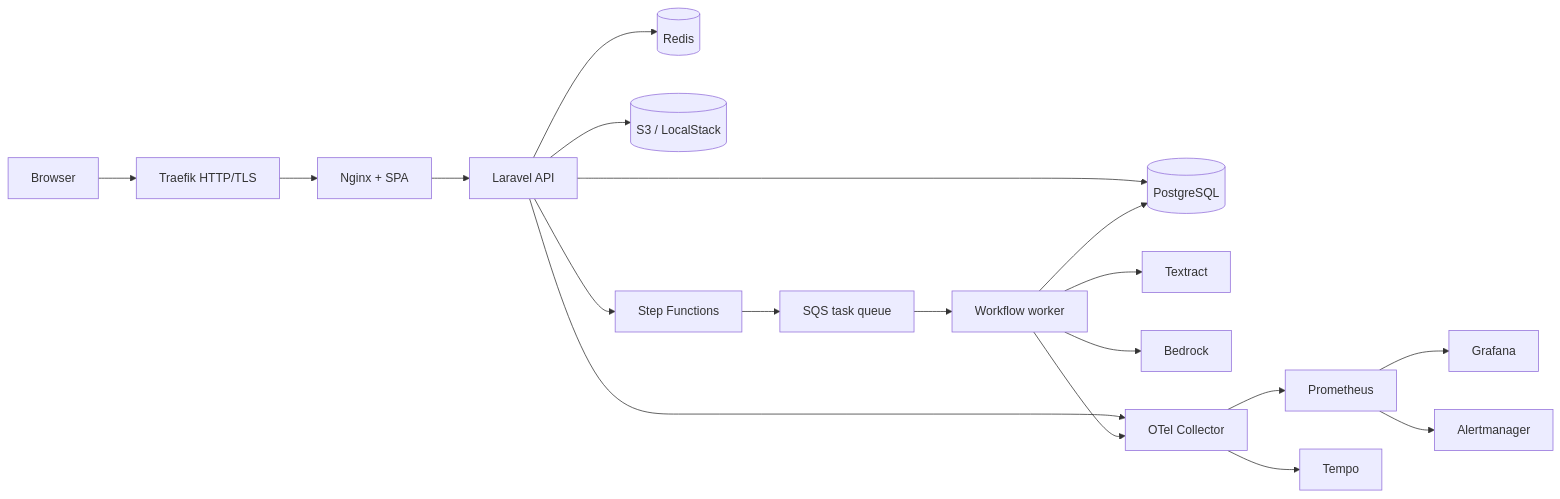
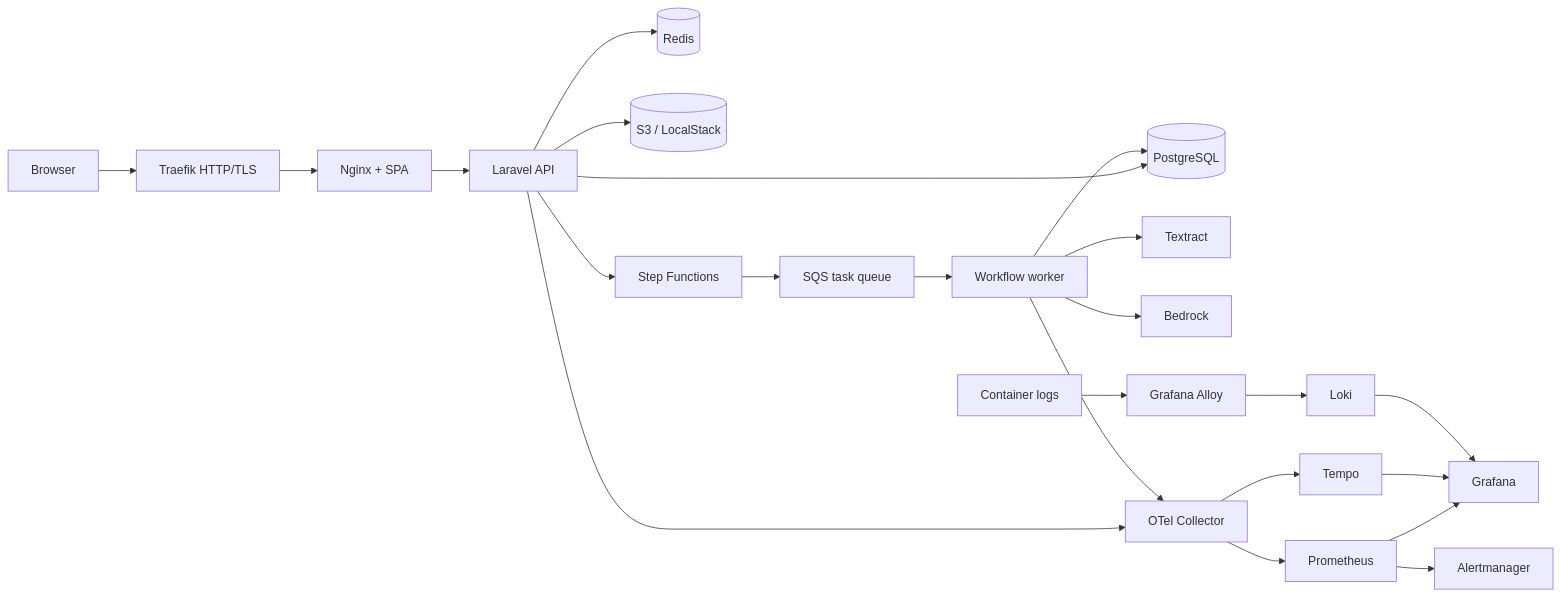
The diagram in README.md (aLittleByte-19/MVP), drawn with Mermaid before and after one commit. The commit also changed other lines of this file and 42 other files, not shown here.

Commit message:
hardening sicurezza, osservabilità con logging Loki/Alloy e dashboard Grafana, fix pipeline documentale Textract/S3 reale, UI Co-Pilot allineata al mockup e documentazione aggiornata

````diff
--- a/README.md
+++ b/README.md
@@ -41,21 +44,25 @@
 ```mermaid
 flowchart LR
   Browser[Browser] --> Traefik[Traefik HTTP/TLS]
   Traefik --> Nginx[Nginx + SPA]
   Nginx --> Laravel[Laravel API]
   Laravel --> Postgres[(PostgreSQL)]
   Laravel --> Redis[(Redis)]
   Laravel --> S3[(S3 / LocalStack)]
   Laravel --> SFN[Step Functions]
   SFN --> SQS[SQS task queue]
   SQS --> Worker[Workflow worker]
   Worker --> Textract[Textract]
   Worker --> Bedrock[Bedrock]
   Worker --> Postgres
   Laravel --> OTel[OTel Collector]
   Worker --> OTel
   OTel --> Prometheus[Prometheus]
   OTel --> Tempo[Tempo]
   Prometheus --> Grafana[Grafana]
   Prometheus --> Alertmanager[Alertmanager]
+  Tempo --> Grafana
+  Logs[Container logs] --> Alloy[Grafana Alloy]
+  Alloy --> Loki[Loki]
+  Loki --> Grafana
 ```
````
